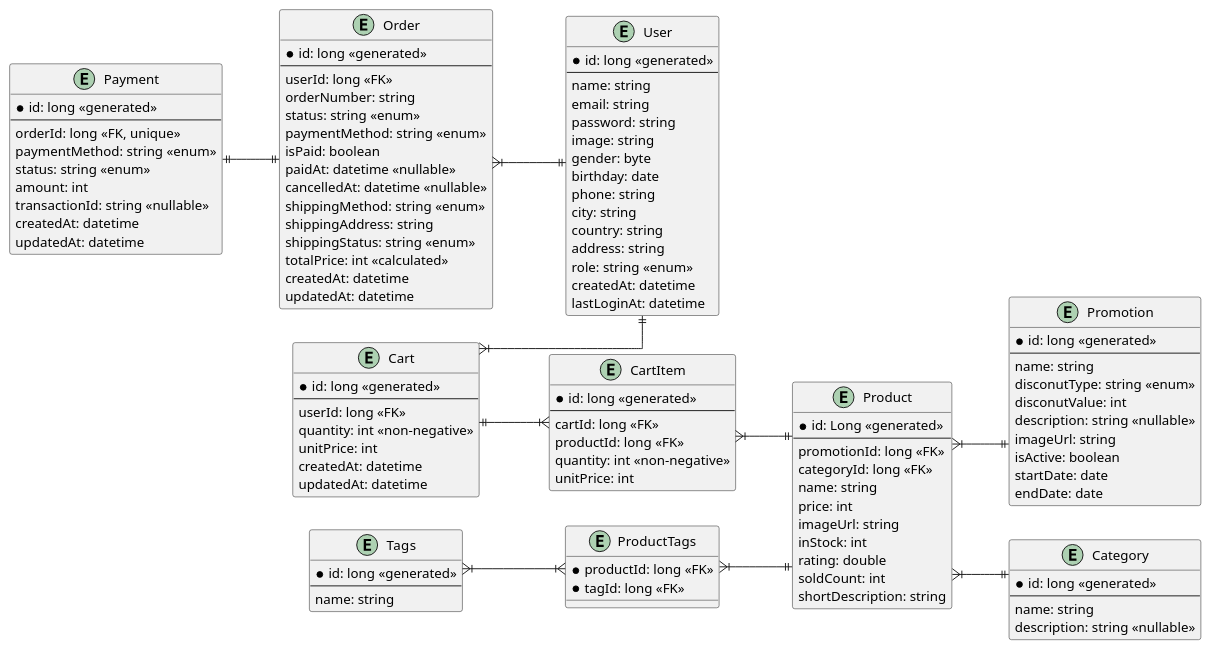
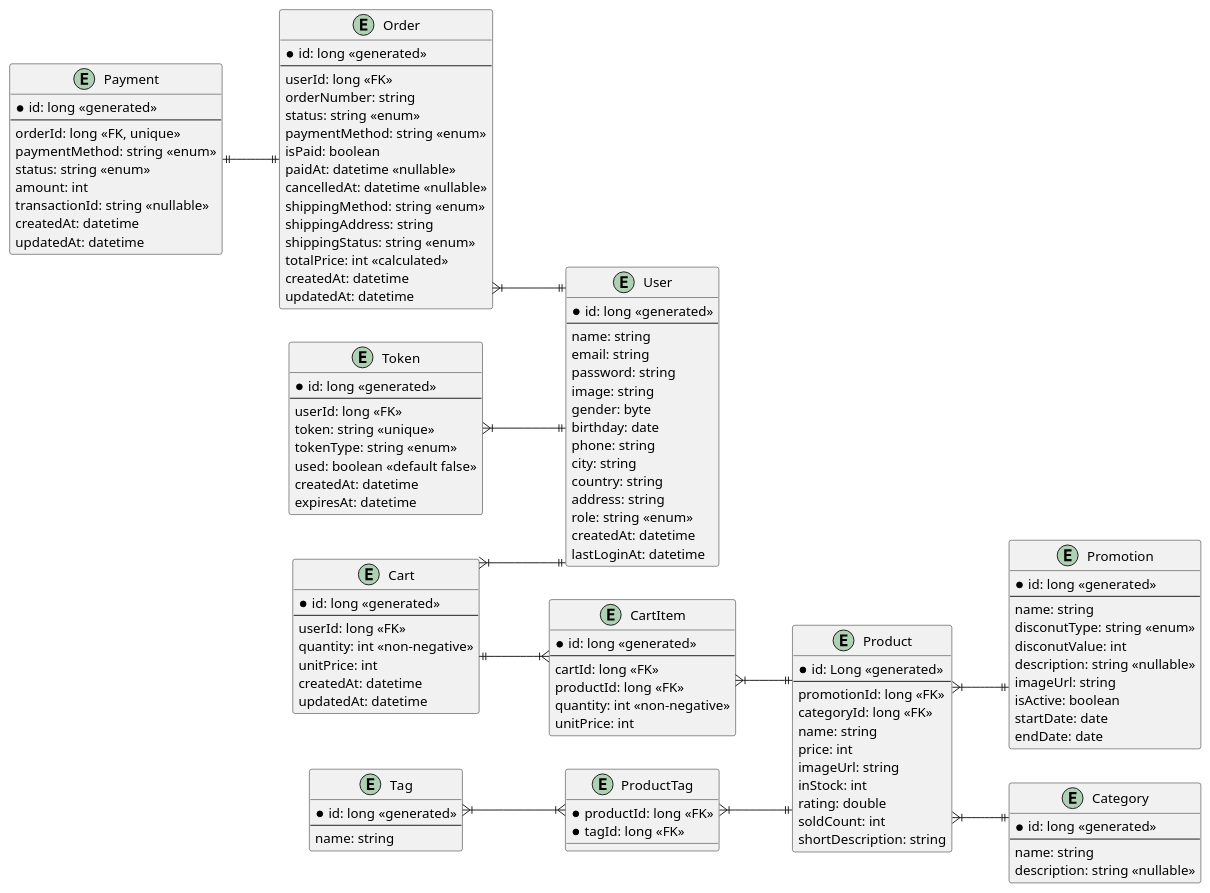
The diagram in docs/er-diagram.puml (honeykokia/ecommerce-docs), drawn with PlantUML before and after one commit. The commit also changed 2 other files, not shown here.

Commit message:
chore: add token entity, update database schema and api response - Entity & Schema  - er-diagram: add token entity used to validation email  - database-schema: create token table used to validation emil - API Response  - /users/forget-password add 200,400,401, and 403 response difinitions

```diff
--- a/docs/er-diagram.puml
+++ b/docs/er-diagram.puml
@@ -1,134 +1,147 @@
 @startuml
 
 skinparam linetype ortho
 
 left to right direction
 
 entity "User" as User {
     *id: long <<generated>>
     ---
     name: string
     email: string
     password: string
     image: string
     gender: byte
     birthday: date
     phone: string
     city: string
     country: string
     address: string
     role: string <<enum>>
     'guest, member, admin
     createdAt: datetime
     lastLoginAt: datetime
 }
 
 entity "Product" as Product {
     *id: Long <<generated>>
     ---
     promotionId: long <<FK>>
     categoryId: long <<FK>>
     name: string
     price: int
     imageUrl: string
     inStock: int
     rating: double
     soldCount: int
     shortDescription: string
 }
 entity "CartItem" as CartItem {
     *id: long <<generated>>
     ---
     cartId: long <<FK>>
     productId: long <<FK>>
     quantity: int <<non-negative>>
     unitPrice: int
 }
 
 entity "Cart" as Cart {
     *id: long <<generated>>
     ---
     userId: long <<FK>>
     quantity: int <<non-negative>>
     unitPrice: int
     createdAt: datetime
     updatedAt: datetime
 }
 
 entity "Order" as Order {
     *id: long <<generated>>
     ---
     userId: long <<FK>>
     orderNumber: string
     status: string <<enum>>
     'PENDING, PAID, CANCELLED, SHIPPED, COMPLETED
     paymentMethod: string <<enum>> 
     'CREDIT_CARD, PAYPAL
     isPaid: boolean
     paidAt: datetime <<nullable>>
     cancelledAt: datetime <<nullable>>
     shippingMethod: string <<enum>>
     'STANDARD, EXPRESS
     shippingAddress: string
     shippingStatus: string <<enum>>
     'PENDING, IN_TRANSIT, DELIVERED
     totalPrice: int <<calculated>>
     createdAt: datetime
     updatedAt: datetime
 }
 
 entity "Promotion" as Promotion {
     *id: long <<generated>>
     ---
     name: string
     disconutType: string <<enum>>
     'PERCENTAGE, FIXED_AMOUNT
     disconutValue: int
     description: string <<nullable>>
     imageUrl: string
     isActive: boolean
     startDate: date
     endDate: date
 }
 
 entity "Payment" as Payment {
     *id: long <<generated>>
     ---
     orderId: long <<FK, unique>>
     paymentMethod: string <<enum>> 
     'CREDIT_CARD, PAYPAL, BANK_TRANSFER
     status: string <<enum>>
     'PENDING, COMPLETED, FAILED
     amount: int 
     transactionId: string <<nullable>>
     createdAt: datetime
     updatedAt: datetime
 }
 
 entity "Category" as Category {
     *id: long <<generated>>
     ---
     name: string
     description: string <<nullable>>
 }
 
-entity "Tags" as Tag{
+entity "Tag" as Tag{
     *id: long <<generated>>
     ---
     name: string
 }
-entity "ProductTags" as ProductTag {
+entity "ProductTag" as ProductTag {
     *productId: long <<FK>>
     *tagId: long <<FK>>
+}
+
+entity "Token" as Token {
+    *id: long <<generated>>
+    ---
+    userId: long <<FK>>
+    token: string <<unique>>
+    tokenType: string <<enum>>
+    'forgetPassword, emailVerification
+    used: boolean <<default false>>
+    createdAt: datetime
+    expiresAt: datetime
 }
 
 Tag }|--|{ ProductTag
 ProductTag }|--|| Product
 Cart }|--|| User
 Cart ||--|{ CartItem
 CartItem }|--|| Product
 Order }|--|| User
 Product }|--|| Promotion
 Product }|--|| Category
 Payment ||--|| Order
+Token }|--|| User
 @enduml
```
